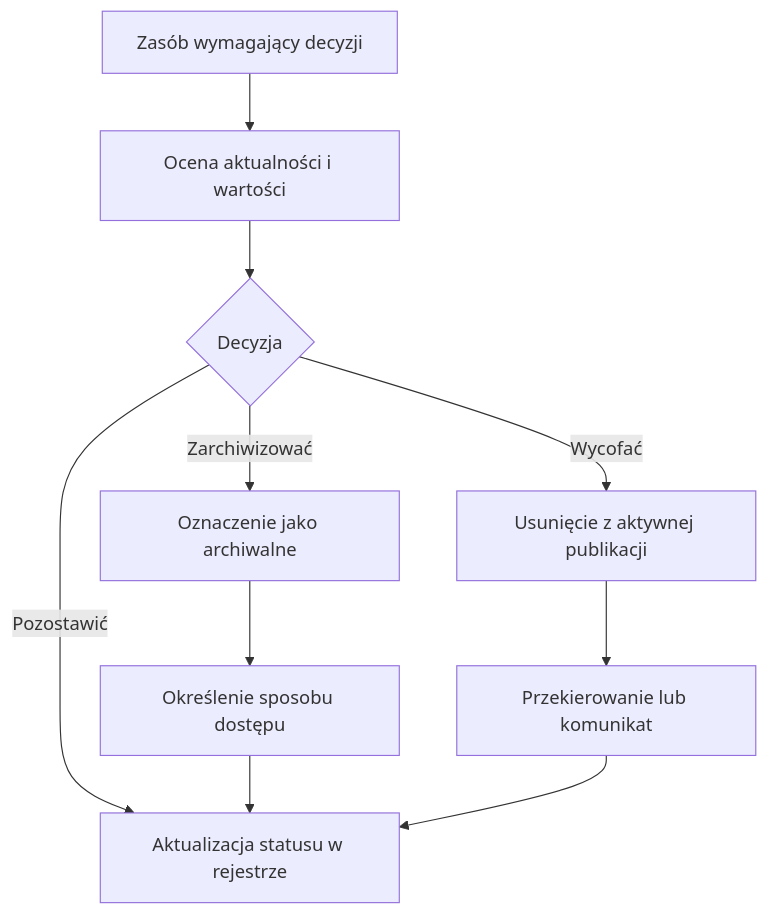
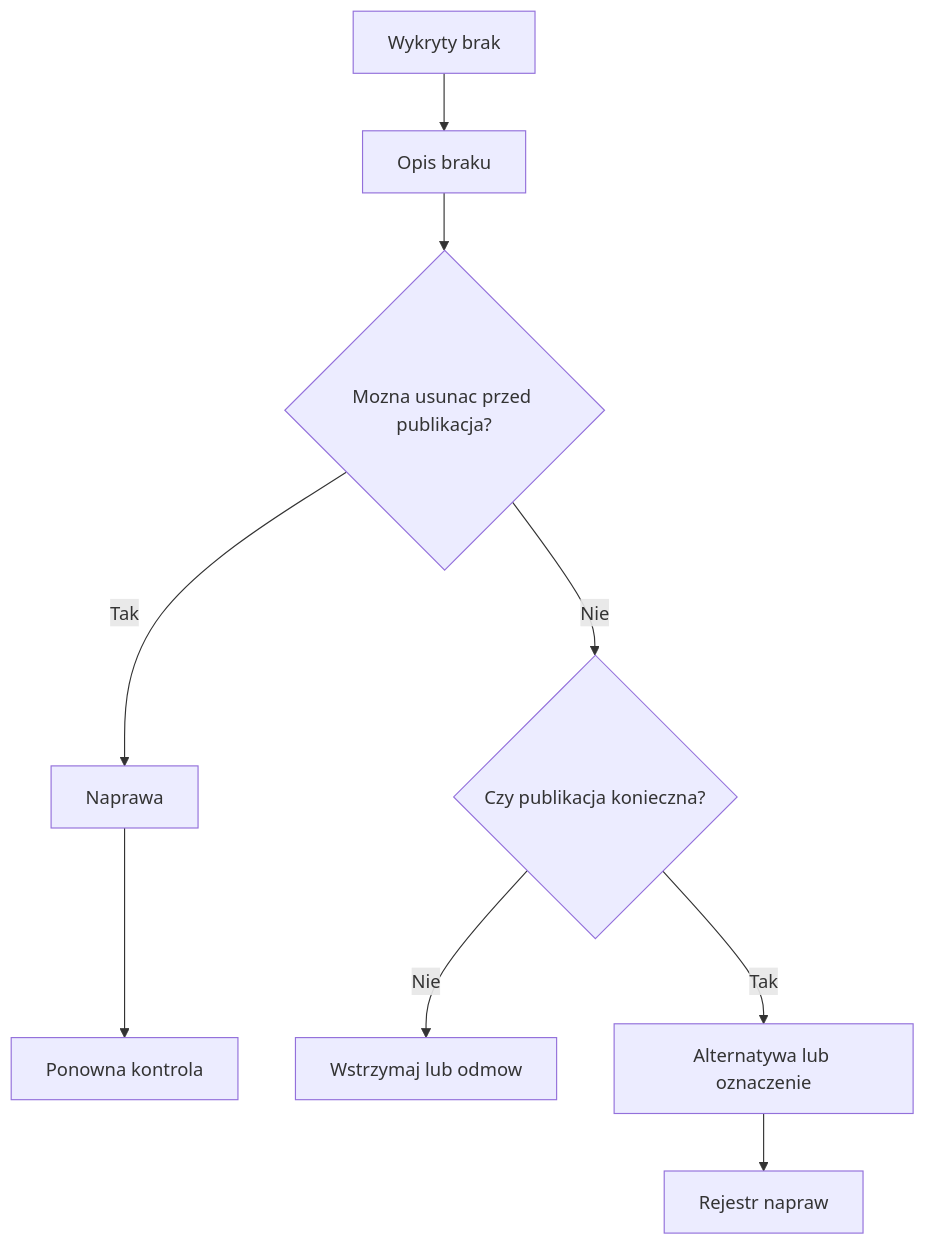
One commit to bwilk-umjaslo/Zarzadzanie-dostepna-trescia-publiczna changed the fifth of 8 diagrams in src/narzedzia/schematy-procesow.md. Above: the diagram before and after it, drawn with Mermaid. The commit also changed other lines of this file and 21 other files, not shown here.

````diff
--- a/src/narzedzia/schematy-procesow.md
+++ b/src/narzedzia/schematy-procesow.md
@@ -110,14 +136,11 @@
 ```mermaid
 flowchart TD
-    A[Zasób wymagający decyzji] --> B[Ocena aktualności i wartości]
-    B --> C{Decyzja}
-
-    C -->|Pozostawić| D[Aktualizacja statusu w rejestrze]
-    C -->|Zarchiwizować| E[Oznaczenie jako archiwalne]
-    E --> F[Określenie sposobu dostępu]
-    F --> D
-
-    C -->|Wycofać| G[Usunięcie z aktywnej publikacji]
-    G --> H[Przekierowanie lub komunikat]
-    H --> D
+    A[Wykryty brak] --> B[Opis braku]
+    B --> C{Mozna usunac przed publikacja?}
+    C -- Tak --> D[Naprawa]
+    D --> E[Ponowna kontrola]
+    C -- Nie --> F{Czy publikacja konieczna?}
+    F -- Nie --> G[Wstrzymaj lub odmow]
+    F -- Tak --> H[Alternatywa lub oznaczenie]
+    H --> I[Rejestr napraw]
 ```
````
